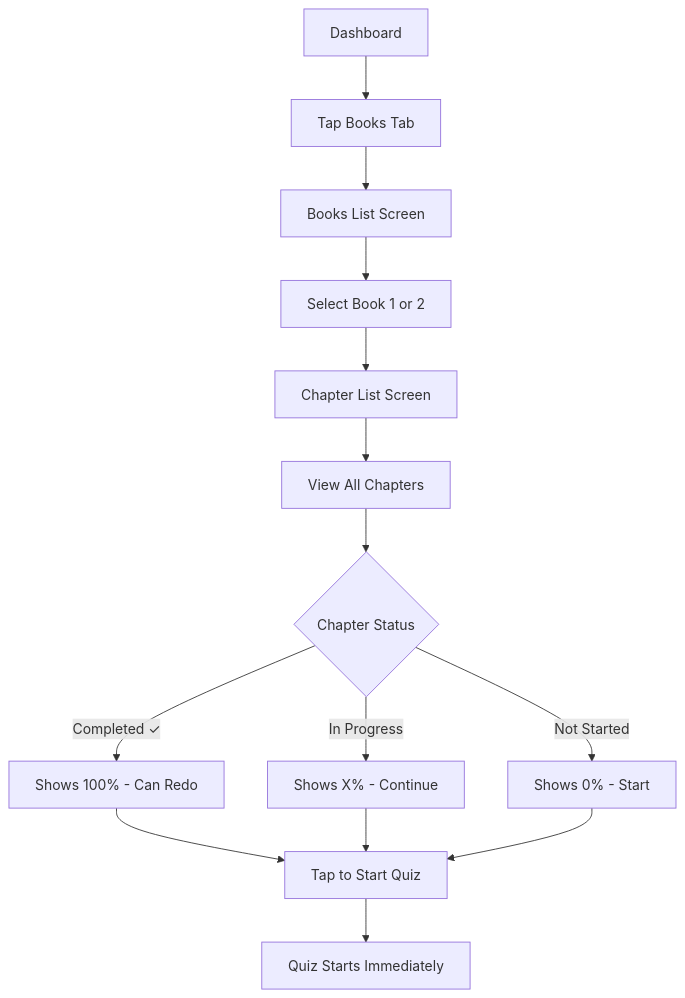
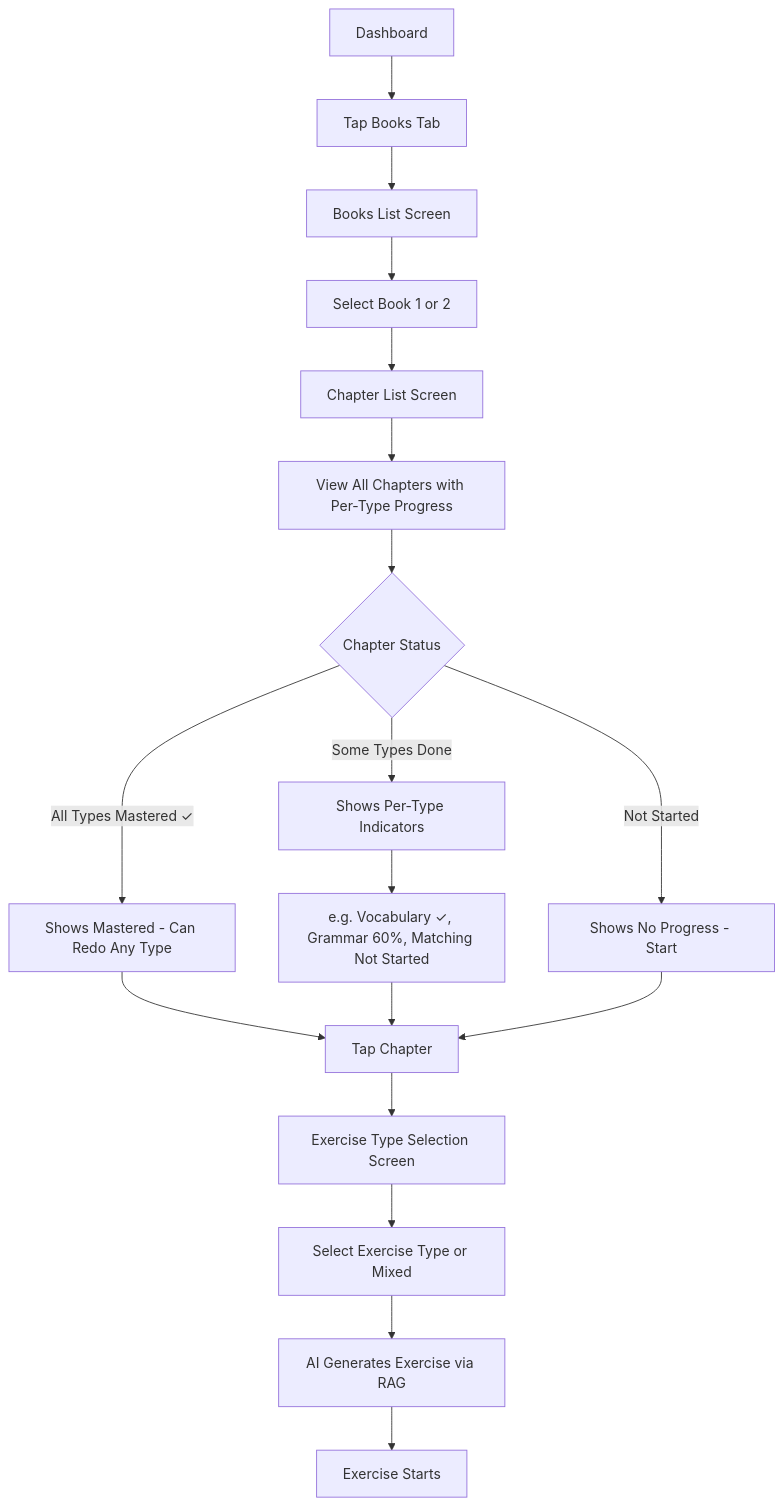
One commit to max8989/dangdai-app changed the third of 5 diagrams in _bmad-output/planning-artifacts/ux-design-specification.md. Above: the diagram before and after it, drawn with Mermaid. The commit also changed other lines of this file, not shown here.

````diff
--- a/_bmad-output/planning-artifacts/ux-design-specification.md
+++ b/_bmad-output/planning-artifacts/ux-design-specification.md
@@ -654,16 +700,20 @@
 ```mermaid
 flowchart TD
     A[Dashboard] --> B[Tap Books Tab]
     B --> C[Books List Screen]
     C --> D[Select Book 1 or 2]
     D --> E[Chapter List Screen]
-    E --> F[View All Chapters]
+    E --> F[View All Chapters with Per-Type Progress]
     F --> G{Chapter Status}
-    G -->|Completed ✓| H[Shows 100% - Can Redo]
-    G -->|In Progress| I[Shows X% - Continue]
-    G -->|Not Started| J[Shows 0% - Start]
-    H --> K[Tap to Start Quiz]
-    I --> K
+    G -->|All Types Mastered ✓| H[Shows Mastered - Can Redo Any Type]
+    G -->|Some Types Done| I[Shows Per-Type Indicators]
+    G -->|Not Started| J[Shows No Progress - Start]
+    I --> I1[e.g. Vocabulary ✓, Grammar 60%, Matching Not Started]
+    H --> K[Tap Chapter]
+    I1 --> K
     J --> K
-    K --> L[Quiz Starts Immediately]
+    K --> L[Exercise Type Selection Screen]
+    L --> M[Select Exercise Type or Mixed]
+    M --> N[AI Generates Exercise via RAG]
+    N --> O[Exercise Starts]
 ```
````
